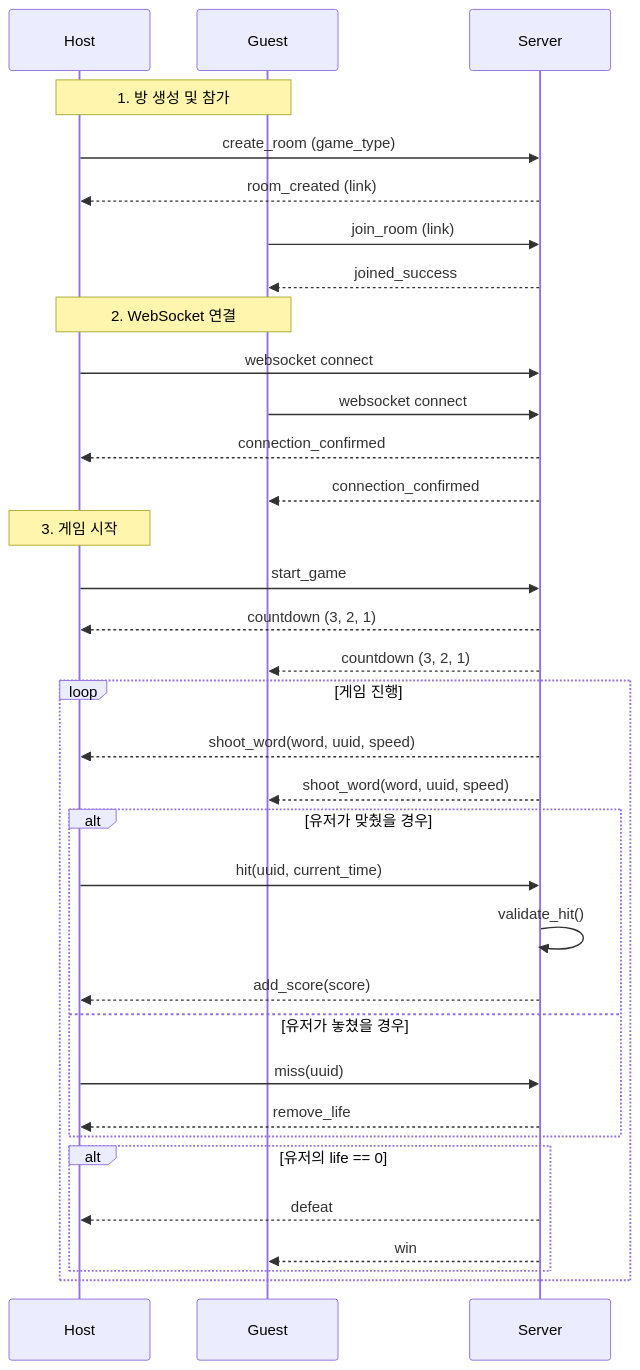
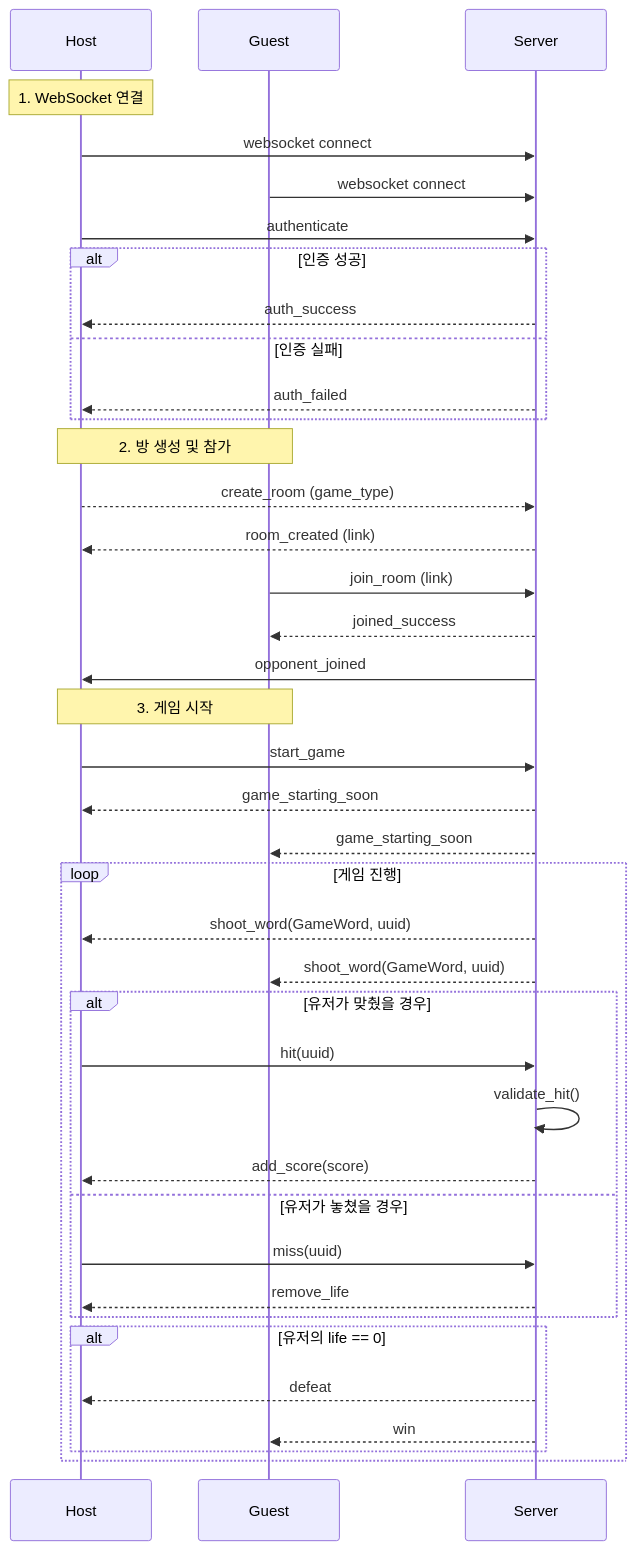
One commit to saroro1/jungle_0week changed the diagram in readme.md. Above: the diagram before and after it, drawn with Mermaid. The commit also changed 1 other file, not shown here.

````diff
--- a/readme.md
+++ b/readme.md
@@ -79,43 +79,50 @@
 ```mermaid
 sequenceDiagram
     participant Host
     participant Guest
     participant Server
 
-    Note over Host, Guest: 1. 방 생성 및 참가
-    Host->>Server: create_room (game_type)
+    Note over Host: 1. WebSocket 연결
+    Host->>Server: websocket connect
+    Guest->>Server: websocket connect
+
+    Host->>Server: authenticate
+    alt 인증 성공
+        Server-->>Host: auth_success
+    else 인증 실패
+        Server-->>Host: auth_failed
+    end
+
+      Note over Host, Guest: 2. 방 생성 및 참가
+
+    Host-->>Server: create_room (game_type)
     Server-->>Host: room_created (link)
     Guest->>Server: join_room (link)
     Server-->>Guest: joined_success
+    Server->>Host: opponent_joined 
 
-    Note over Host, Guest: 2. WebSocket 연결
-    Host->>Server: websocket connect
-    Guest->>Server: websocket connect
-    Server-->>Host: connection_confirmed
-    Server-->>Guest: connection_confirmed
-
-    Note over Host: 3. 게임 시작
+    Note over Host, Guest: 3. 게임 시작
     Host->>Server: start_game
-    Server-->>Host: countdown (3, 2, 1)
-    Server-->>Guest: countdown (3, 2, 1)
+    Server-->>Host: game_starting_soon
+    Server-->>Guest: game_starting_soon
 
     loop 게임 진행
-        Server-->>Host: shoot_word(word, uuid, speed)
-        Server-->>Guest: shoot_word(word, uuid, speed)
+        Server-->>Host: shoot_word(GameWord, uuid)
+        Server-->>Guest: shoot_word(GameWord, uuid)
 
         alt 유저가 맞췄을 경우
-            Host->>Server: hit(uuid, current_time)
+            Host->>Server: hit(uuid)
             Server->>Server: validate_hit()
             Server-->>Host: add_score(score)
         else 유저가 놓쳤을 경우
             Host->>Server: miss(uuid)
             Server-->>Host: remove_life
         end
 
         alt 유저의 life == 0
             Server-->>Host: defeat
             Server-->>Guest: win
         end
     end
 
 ```
````
